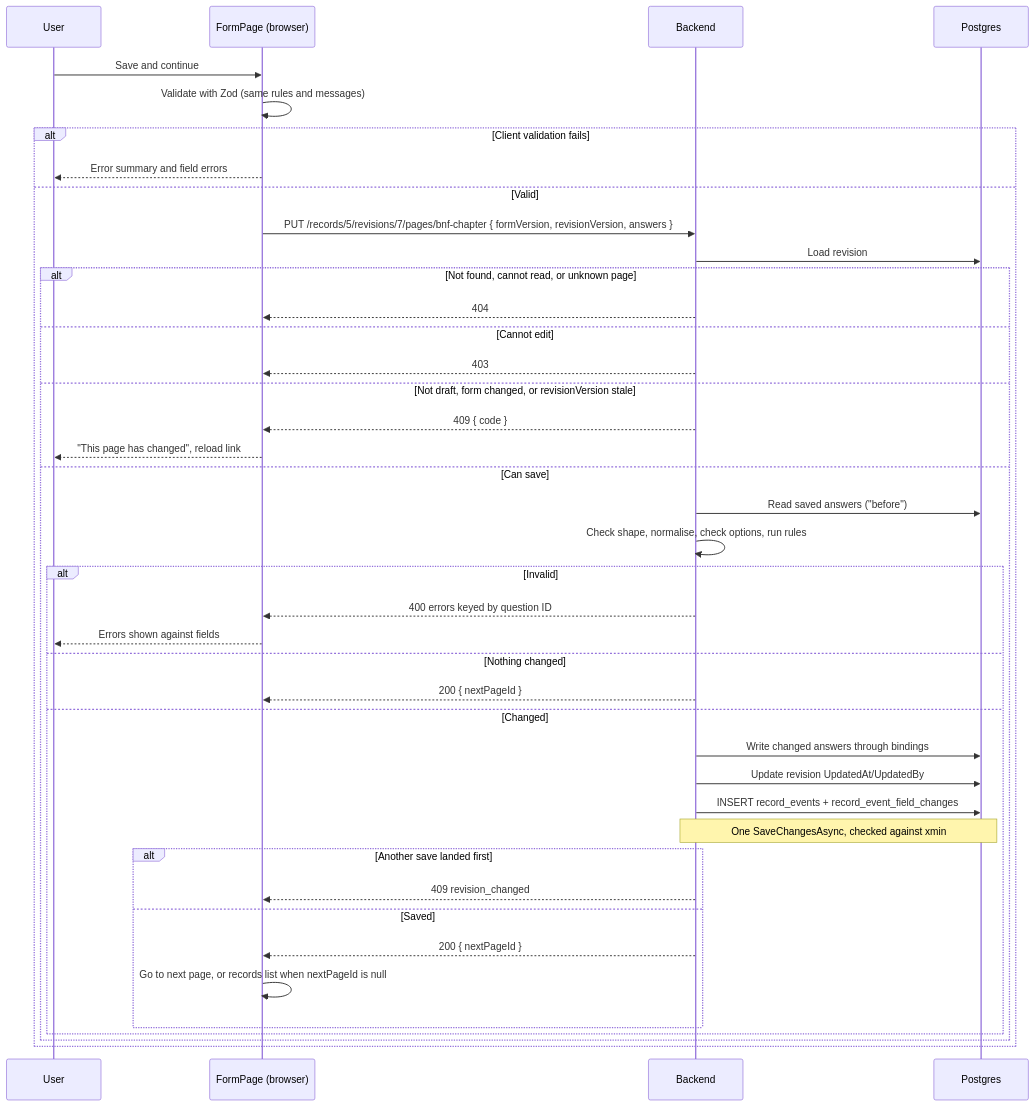
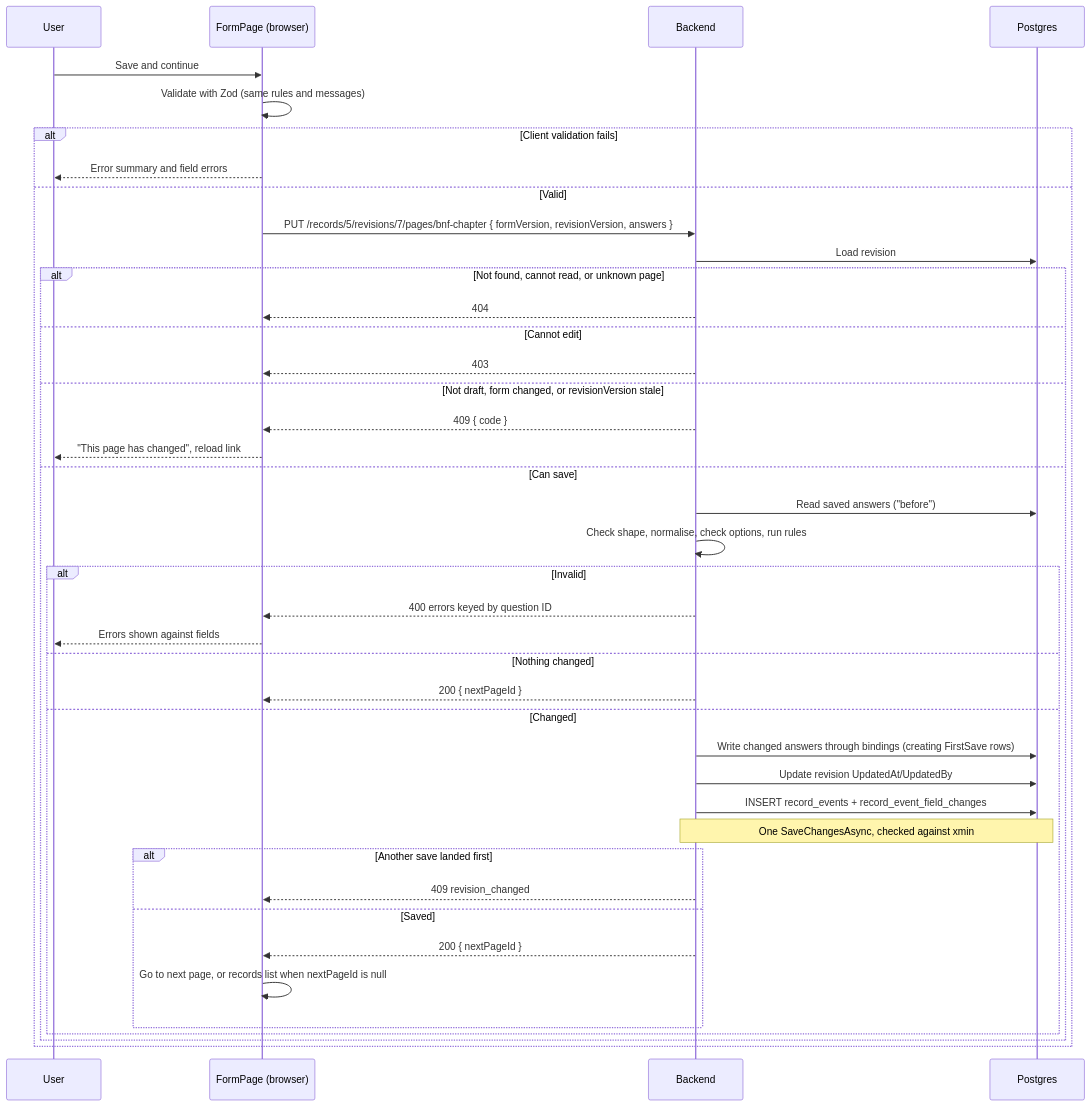
Before and after one commit to ditnice/aws-UKPS: the sixth of 6 diagrams in documentation/form-generation/high-level-design.md, drawn with Mermaid. The commit also changed other lines of this file and 6 other files, not shown here.

````diff
--- a/documentation/form-generation/high-level-design.md
+++ b/documentation/form-generation/high-level-design.md
@@ -243,43 +428,43 @@
 ```mermaid
 sequenceDiagram
     participant U as User
     participant F as FormPage (browser)
     participant B as Backend
     participant P as Postgres
     U->>F: Save and continue
     F->>F: Validate with Zod (same rules and messages)
     alt Client validation fails
         F-->>U: Error summary and field errors
     else Valid
         F->>B: PUT /records/5/revisions/7/pages/bnf-chapter { formVersion, revisionVersion, answers }
         B->>P: Load revision
         alt Not found, cannot read, or unknown page
             B-->>F: 404
         else Cannot edit
             B-->>F: 403
         else Not draft, form changed, or revisionVersion stale
             B-->>F: 409 { code }
             F-->>U: "This page has changed", reload link
         else Can save
             B->>P: Read saved answers ("before")
             B->>B: Check shape, normalise, check options, run rules
             alt Invalid
                 B-->>F: 400 errors keyed by question ID
                 F-->>U: Errors shown against fields
             else Nothing changed
                 B-->>F: 200 { nextPageId }
             else Changed
-                B->>P: Write changed answers through bindings
+                B->>P: Write changed answers through bindings (creating FirstSave rows)
                 B->>P: Update revision UpdatedAt/UpdatedBy
                 B->>P: INSERT record_events + record_event_field_changes
                 Note over B,P: One SaveChangesAsync, checked against xmin
                 alt Another save landed first
                     B-->>F: 409 revision_changed
                 else Saved
                     B-->>F: 200 { nextPageId }
                     F->>F: Go to next page, or records list when nextPageId is null
                 end
             end
         end
     end
 ```
````
